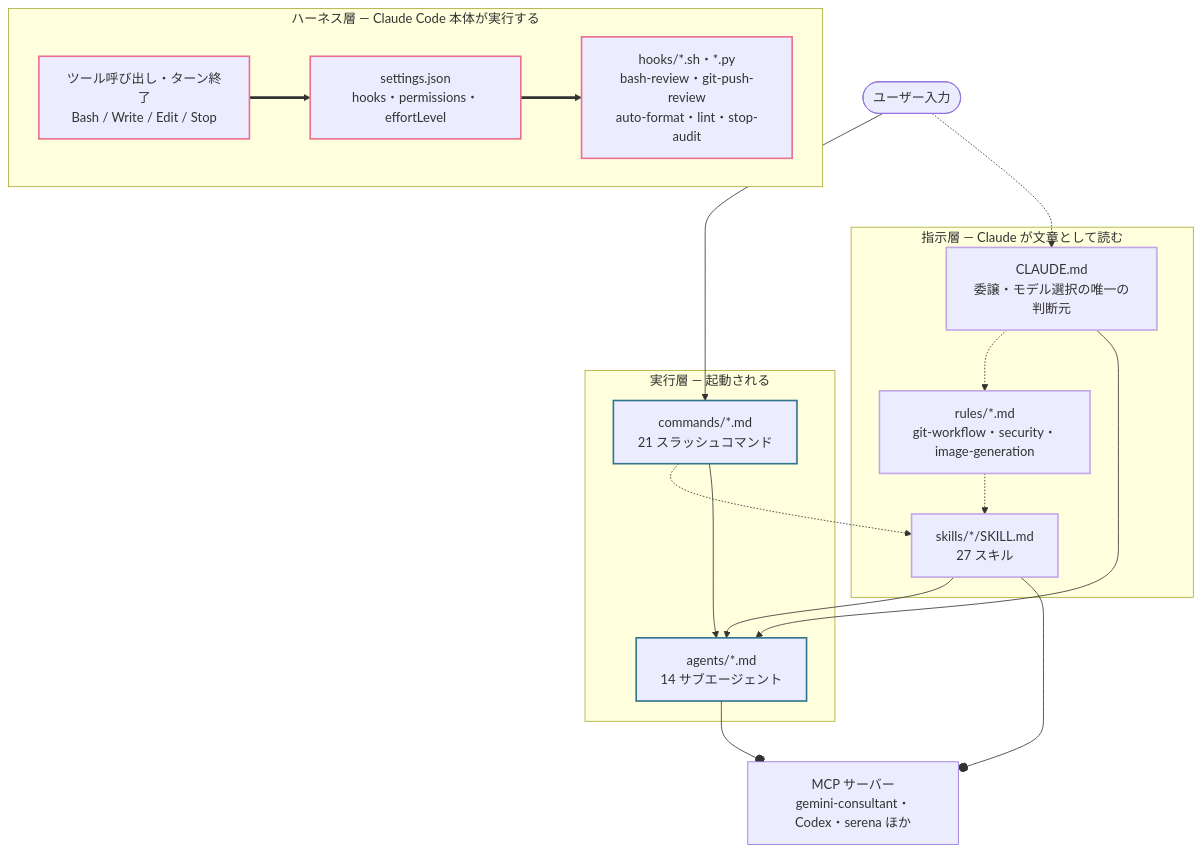
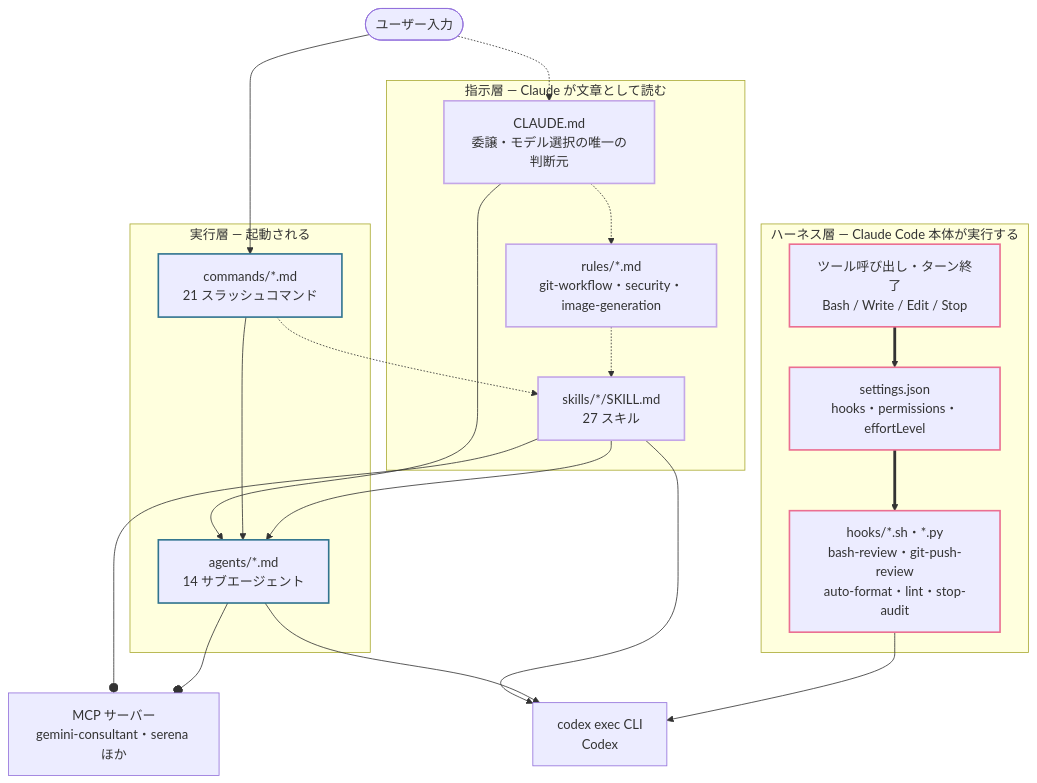
Before and after one commit to sardonyx0827/dotfiles: the first of 4 diagrams in docs/claude-architecture.md, drawn with Mermaid. The commit also changed other lines of this file and 13 other files, not shown here.

First line of the commit message:
refactor(codex): reach Codex through codex exec

````diff
--- a/docs/claude-architecture.md
+++ b/docs/claude-architecture.md
@@ -45,43 +45,47 @@
 ```mermaid
 flowchart TB
     U(["ユーザー入力"])
 
     subgraph HARNESS["ハーネス層 — Claude Code 本体が実行する"]
         TOOL["ツール呼び出し・ターン終了<br/>Bash / Write / Edit / Stop"]
         SET["settings.json<br/>hooks・permissions・effortLevel"]
         HOOK["hooks/*.sh・*.py<br/>bash-review・git-push-review<br/>auto-format・lint・stop-audit"]
     end
 
     subgraph CONTEXT["指示層 — Claude が文章として読む"]
         CM["CLAUDE.md<br/>委譲・モデル選択の唯一の判断元"]
         RULE["rules/*.md<br/>git-workflow・security・image-generation"]
         SKILL["skills/*/SKILL.md<br/>27 スキル"]
     end
 
     subgraph ACTOR["実行層 — 起動される"]
         CMD["commands/*.md<br/>21 スラッシュコマンド"]
         AGENT["agents/*.md<br/>14 サブエージェント"]
     end
 
-    MCP["MCP サーバー<br/>gemini-consultant・Codex・serena ほか"]
+    MCP["MCP サーバー<br/>gemini-consultant・serena ほか"]
+    CODEX["codex exec CLI<br/>Codex"]
 
     U --> CMD
     U -.-> CM
     CM -.-> RULE
     RULE -.-> SKILL
     CMD -.-> SKILL
     CM --> AGENT
     CMD --> AGENT
     SKILL --> AGENT
     SKILL --o MCP
     AGENT --o MCP
+    SKILL --> CODEX
+    AGENT --> CODEX
+    HOOK --> CODEX
     TOOL ==> SET
     SET ==> HOOK
 
     classDef harness stroke:#eb6f92,stroke-width:2px
     classDef context stroke:#c4a7e7,stroke-width:2px
     classDef actor stroke:#31748f,stroke-width:2px
     class TOOL,SET,HOOK harness
     class CM,RULE,SKILL context
     class CMD,AGENT actor
 ```
````
